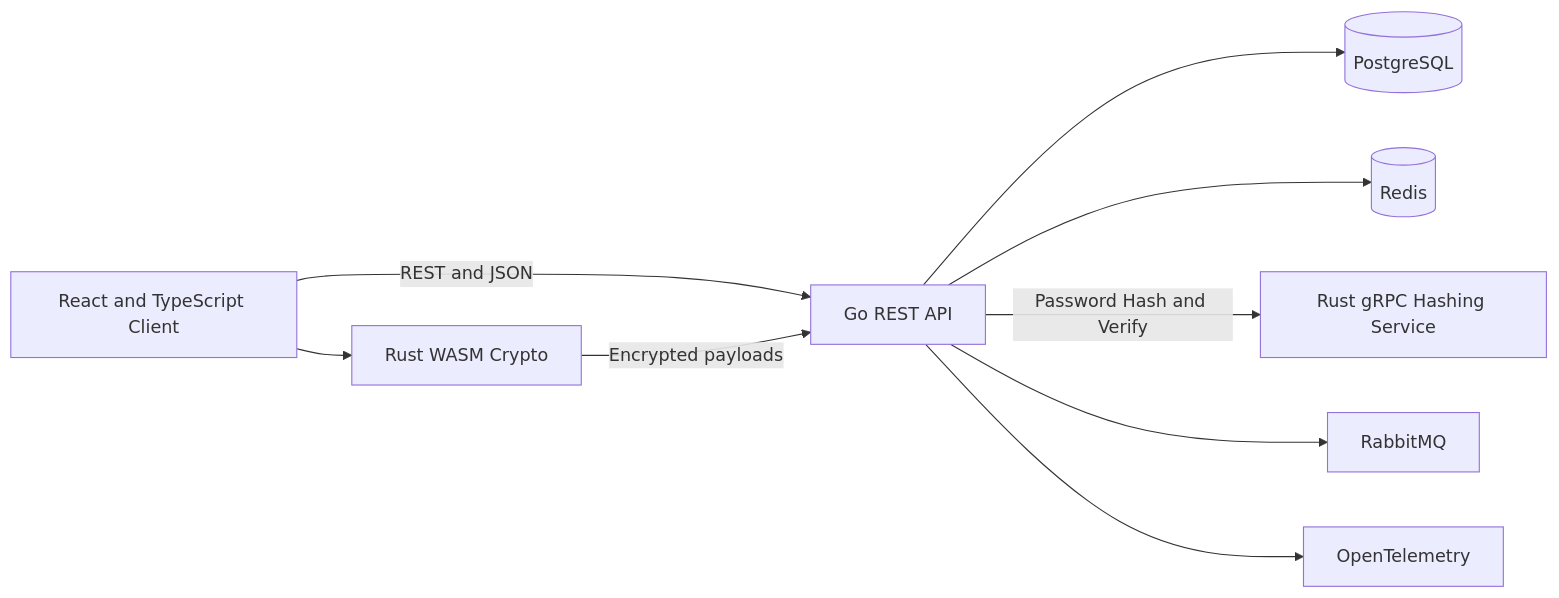
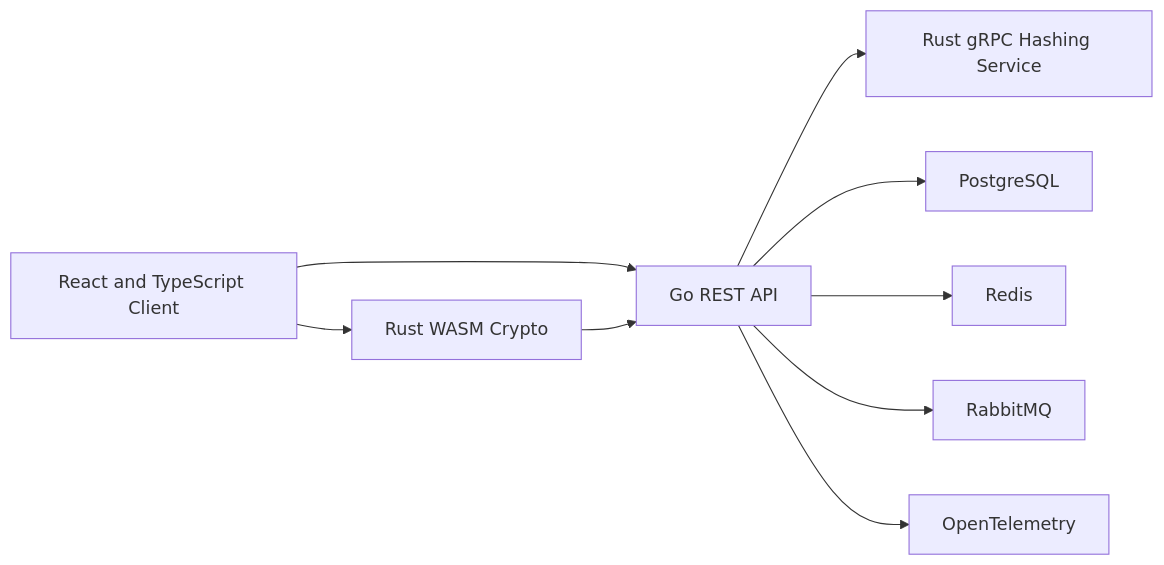
One commit to martinrgarciap/vaultforge changed the diagram in README.md. Above: the diagram before and after it, drawn with Mermaid.

Commit message:
fix readme simplify architecture diagram

````diff
--- a/README.md
+++ b/README.md
@@ -13,20 +13,11 @@
 ```mermaid
-flowchart LR
-    B[React and TypeScript Client]
-    W[Rust WASM Crypto]
-    A[Go REST API]
-    H[Rust gRPC Hashing Service]
-    P[(PostgreSQL)]
-    R[(Redis)]
-    Q[RabbitMQ]
-    O[OpenTelemetry]
-
-    B -->|REST and JSON| A
-    B --> W
-    W -->|Encrypted payloads| A
-    A --> P
-    A --> R
-    A -->|Password Hash and Verify| H
-    A --> Q
-    A --> O
+graph LR
+    B["React and TypeScript Client"] --> A["Go REST API"]
+    B --> W["Rust WASM Crypto"]
+    W --> A
+    A --> H["Rust gRPC Hashing Service"]
+    A --> P["PostgreSQL"]
+    A --> R["Redis"]
+    A --> Q["RabbitMQ"]
+    A --> O["OpenTelemetry"]
 ```
````
